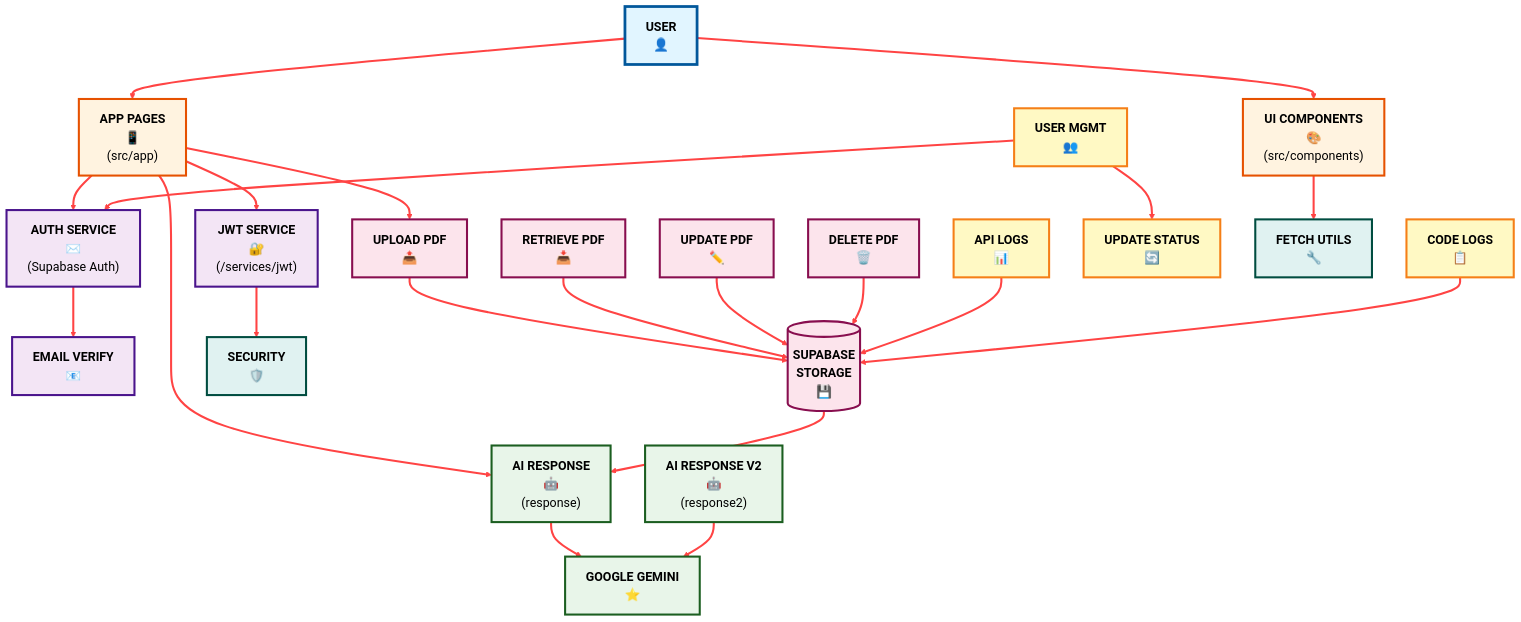
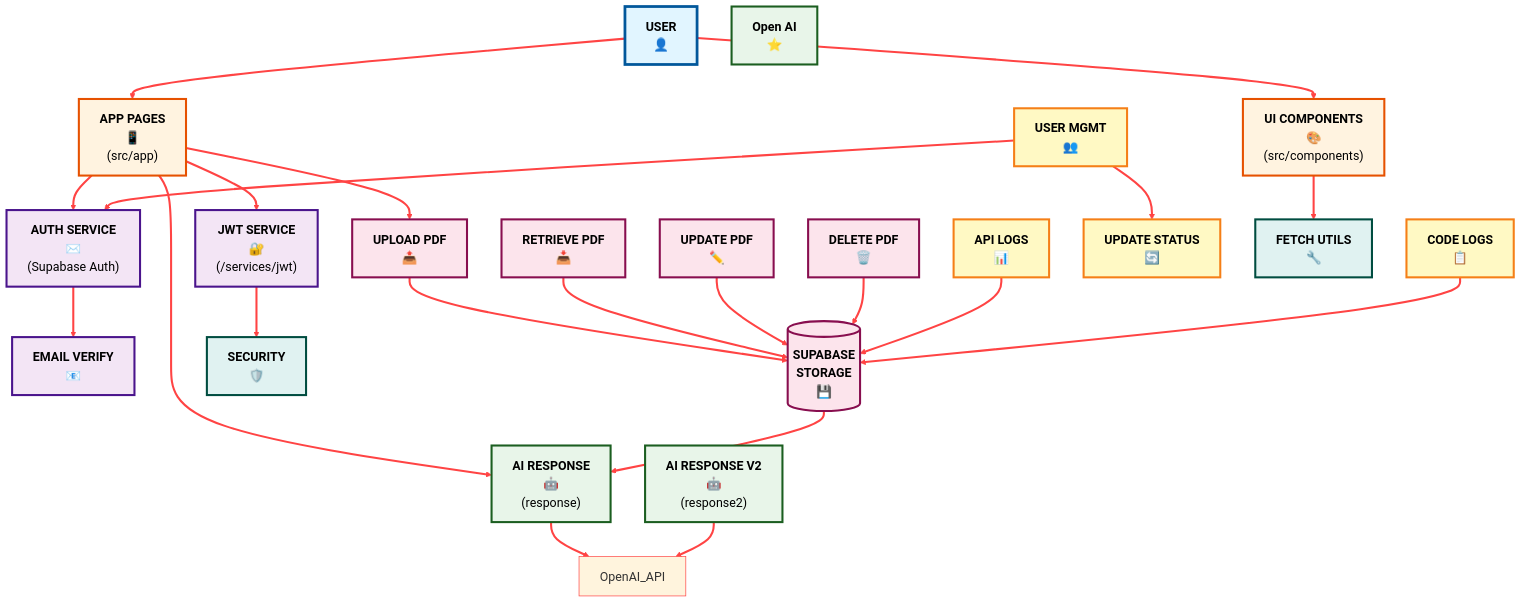
One commit to cordyStackX/lccb_ai_2 changed the first of 2 diagrams in README.md. Above: the diagram before and after it, drawn with Mermaid. The commit also changed other lines of this file and 2 other files, not shown here.

Commit message:
fix: replace Google Gemini with OpenAI in README and codebase

```diff
--- a/README.md
+++ b/README.md
@@ -86,7 +86,7 @@
     %% ===== AI Processing =====
     AI_Response["<b>AI RESPONSE</b><br/>🤖<br/>(response)"]
     AI_Response2["<b>AI RESPONSE V2</b><br/>🤖<br/>(response2)"]
-    Gemini_API["<b>GOOGLE GEMINI</b><br/>⭐"]
+    Gemini_API["<b>Open AI</b><br/>⭐"]
     
     %% ===== Storage Layer =====
     Upload_PDF["<b>UPLOAD PDF</b><br/>📤"]
@@ -119,8 +119,8 @@
     JWT_Service -->Security_Helper
     Auth_Service -->Email_Verification
     
-    AI_Response -->Gemini_API
-    AI_Response2 --> Gemini_API
+    AI_Response -->OpenAI_API
+    AI_Response2 --> OpenAI_API
     
     Manage_User -->Auth_Service
     Manage_User --> Update_Status
```
